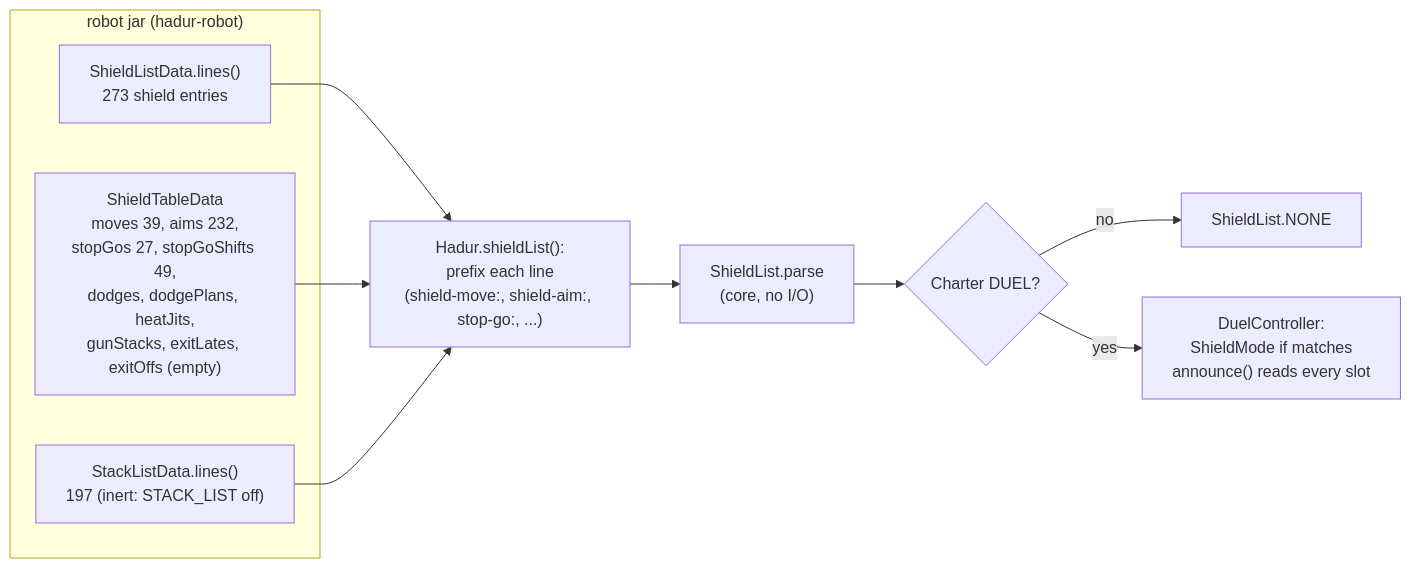
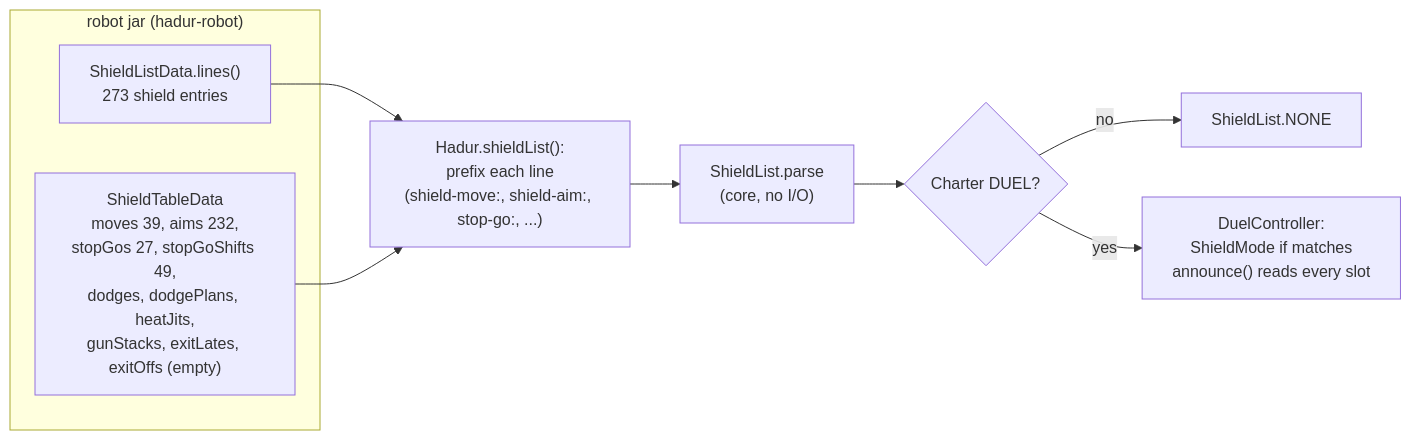
Before and after one commit to lgriffin/Hadur_Robot: diagram 17 of 18 in docs/architecture-c4.md, drawn with Mermaid. The commit also changed other lines of this file and 35 other files, not shown here.

````diff
--- a/docs/architecture-c4.md
+++ b/docs/architecture-c4.md
@@ -705,15 +705,13 @@
 ```mermaid
 flowchart LR
   subgraph jar["robot jar (hadur-robot)"]
     SL["ShieldListData.lines()<br/>273 shield entries"]
     ST["ShieldTableData<br/>moves 39, aims 232,<br/>stopGos 27, stopGoShifts 49,<br/>dodges, dodgePlans, heatJits,<br/>gunStacks, exitLates, exitOffs (empty)"]
-    SK["StackListData.lines()<br/>197 (inert: STACK_LIST off)"]
   end
   SL --> P["Hadur.shieldList():<br/>prefix each line<br/>(shield-move:, shield-aim:, stop-go:, ...)"]
   ST --> P
-  SK --> P
   P --> Q["ShieldList.parse<br/>(core, no I/O)"]
   Q --> C{"Charter DUEL?"}
   C -- no --> N["ShieldList.NONE"]
   C -- yes --> D["DuelController:<br/>ShieldMode if matches<br/>announce() reads every slot"]
 ```
````
